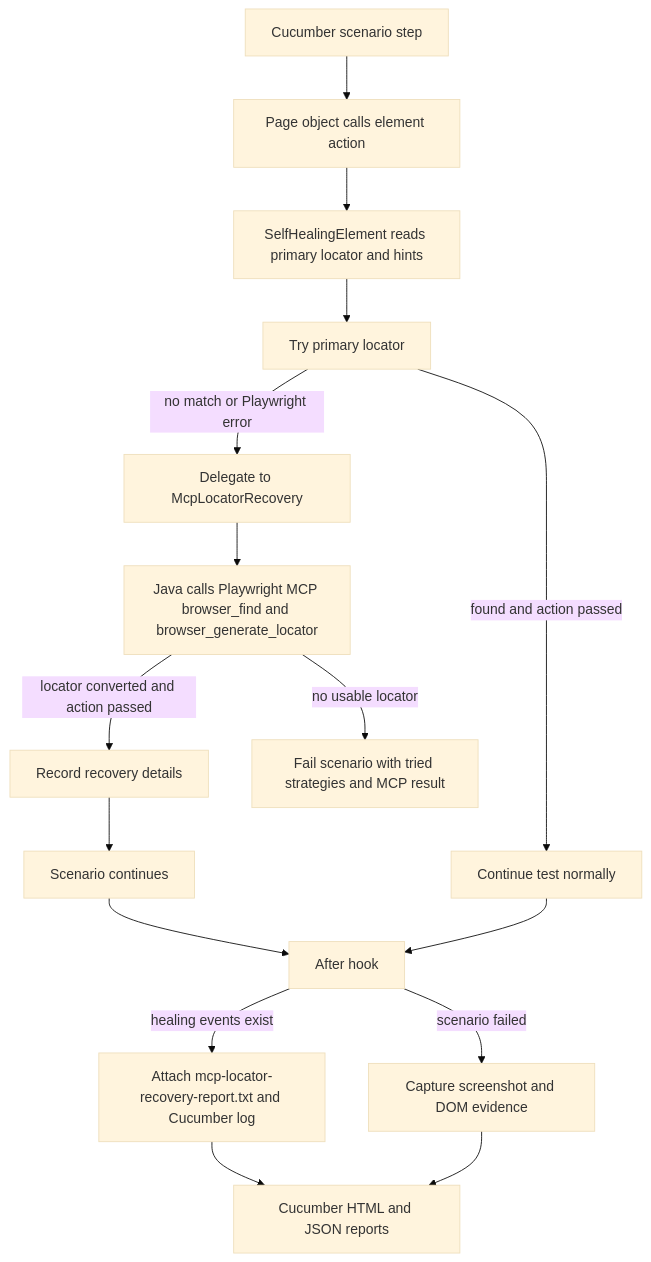
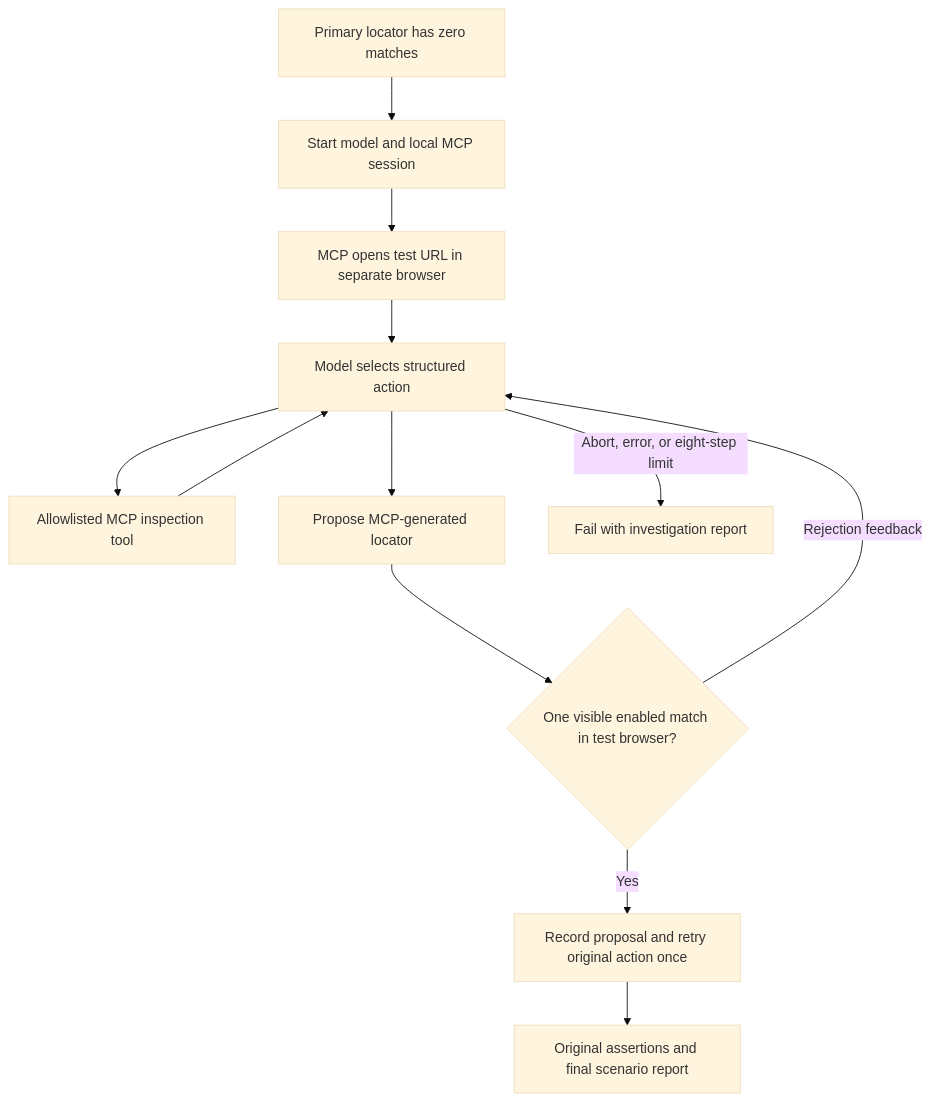
One commit to karthees05/playwright-self-healing changed the diagram in README.md. Above: the diagram before and after it, drawn with Mermaid (base theme). The commit also changed other lines of this file and 31 other files, not shown here.

````diff
--- a/README.md
+++ b/README.md
@@ -57,18 +38,14 @@
 ```mermaid
 flowchart TD
-    A[Cucumber scenario step] --> B[Page object calls element action]
-    B --> C[SelfHealingElement reads primary locator and hints]
-    C --> D[Try primary locator]
-    D -->|found and action passed| E[Continue test normally]
-    D -->|no match or Playwright error| F[Delegate to McpLocatorRecovery]
-    F --> G[Java calls Playwright MCP browser_find and browser_generate_locator]
-    G -->|locator converted and action passed| H[Record recovery details]
-    H --> I[Scenario continues]
-    G -->|no usable locator| L[Fail scenario with tried strategies and MCP result]
-    I --> M[After hook]
-    E --> M
-    M -->|healing events exist| N[Attach mcp-locator-recovery-report.txt and Cucumber log]
-    M -->|scenario failed| O[Capture screenshot and DOM evidence]
-    N --> P[Cucumber HTML and JSON reports]
-    O --> P
+    A[Primary locator has zero matches] --> B[Start model and local MCP session]
+    B --> C[MCP opens test URL in separate browser]
+    C --> D[Model selects structured action]
+    D --> E[Allowlisted MCP inspection tool]
+    E --> D
+    D --> F[Propose MCP-generated locator]
+    F --> G{One visible enabled match in test browser?}
+    G -->|Rejection feedback| D
+    G -->|Yes| H[Record proposal and retry original action once]
+    H --> I[Original assertions and final scenario report]
+    D -->|Abort, error, or eight-step limit| J[Fail with investigation report]
 ```
````
